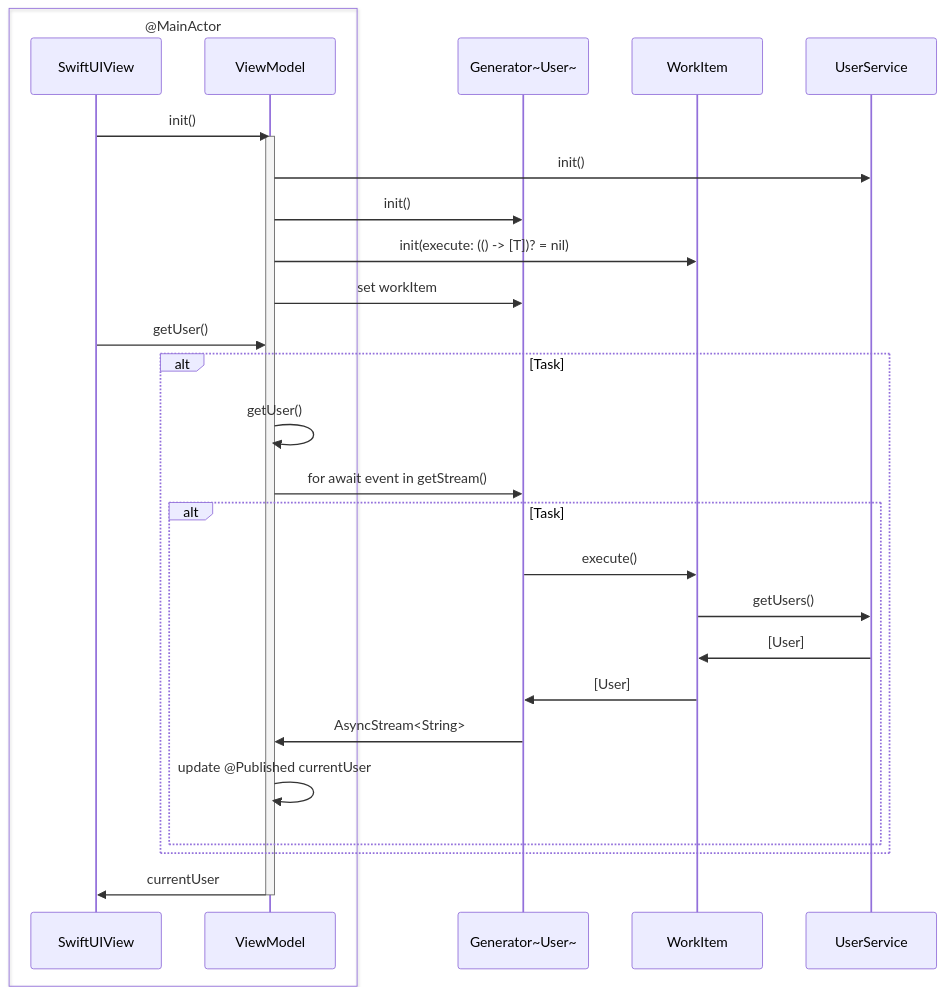
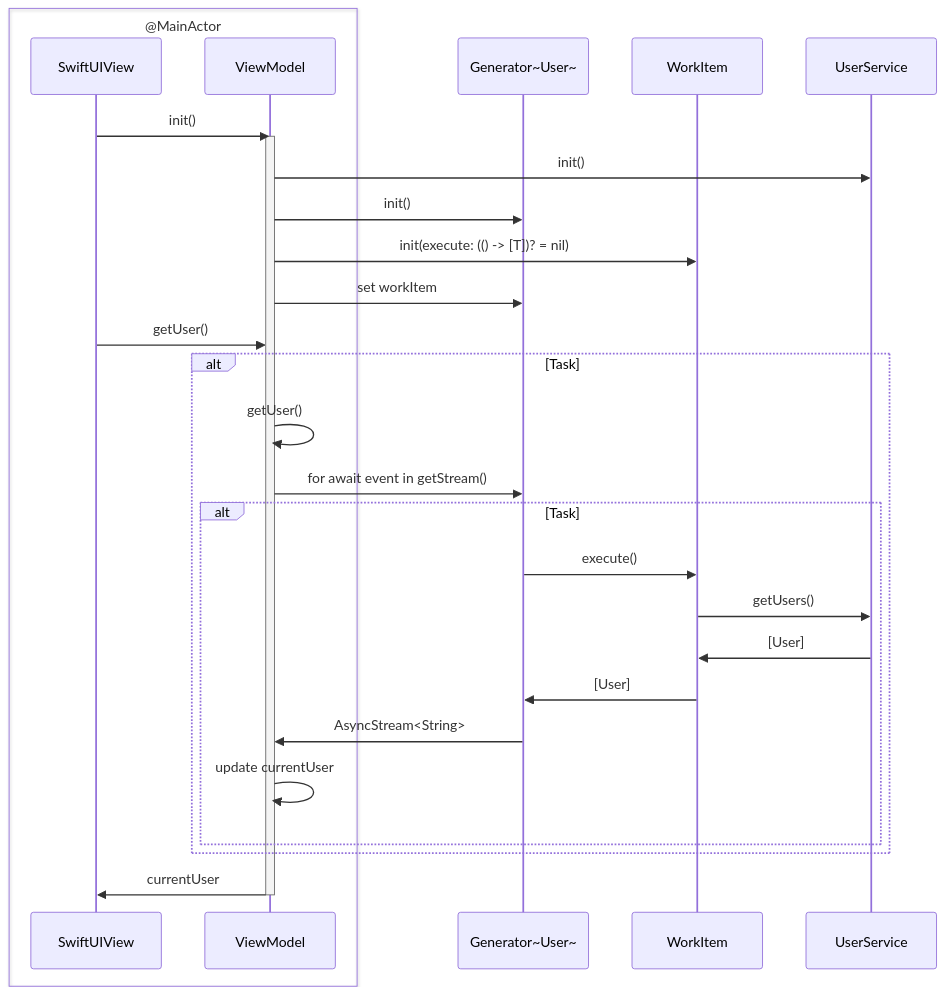
One commit to pakirby1/AsynchronousProgramming changed diagram 14 of 20 in AsynchronousProgramming/Documentation/AsynchronousProgramming.md. Above: the diagram before and after it, drawn with Mermaid. The commit also changed other lines of this file and 6 other files, not shown here.

````diff
--- a/AsynchronousProgramming/Documentation/AsynchronousProgramming.md
+++ b/AsynchronousProgramming/Documentation/AsynchronousProgramming.md
@@ -1179,32 +1197,32 @@
 ```mermaid
 sequenceDiagram
     box @MainActor
     participant SwiftUIView
     participant ViewModel
     end
     participant Generator~User~
     participant WorkItem
     participant UserService
     
     SwiftUIView->>ViewModel: init()
     activate ViewModel
     ViewModel->>UserService: init()
     ViewModel->>Generator~User~: init()
     ViewModel->>WorkItem: init(execute: (() -> [T])? = nil)
     ViewModel->>Generator~User~: set workItem
     SwiftUIView->>ViewModel: getUser()
     alt Task
     ViewModel->>ViewModel: getUser()
     ViewModel->>Generator~User~: for await event in getStream() 
     alt Task
     Generator~User~->>WorkItem: execute()
     WorkItem->>UserService: getUsers()
     UserService->>WorkItem: [User]
     WorkItem->>Generator~User~: [User]
     Generator~User~->>ViewModel: AsyncStream<String>
-    ViewModel->>ViewModel: update @Published currentUser
+    ViewModel->>ViewModel: update currentUser
     end
     end
     ViewModel->>SwiftUIView: currentUser
     deactivate ViewModel
 ```
````
